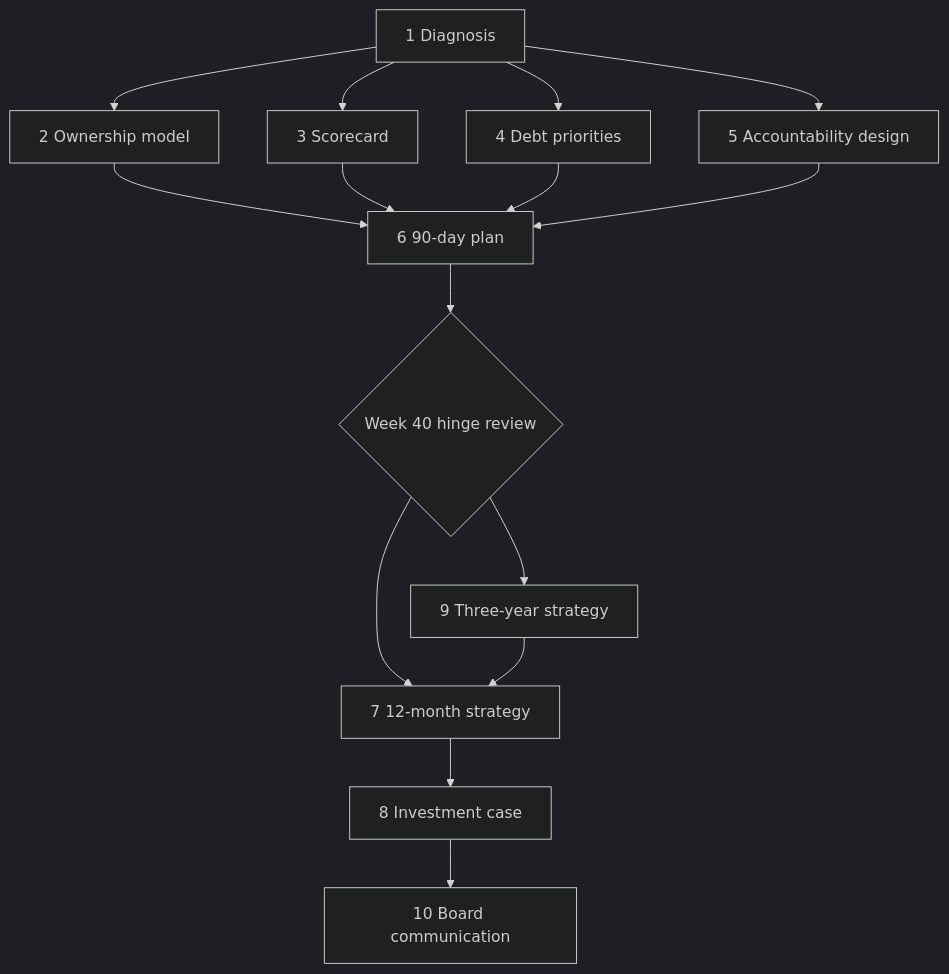
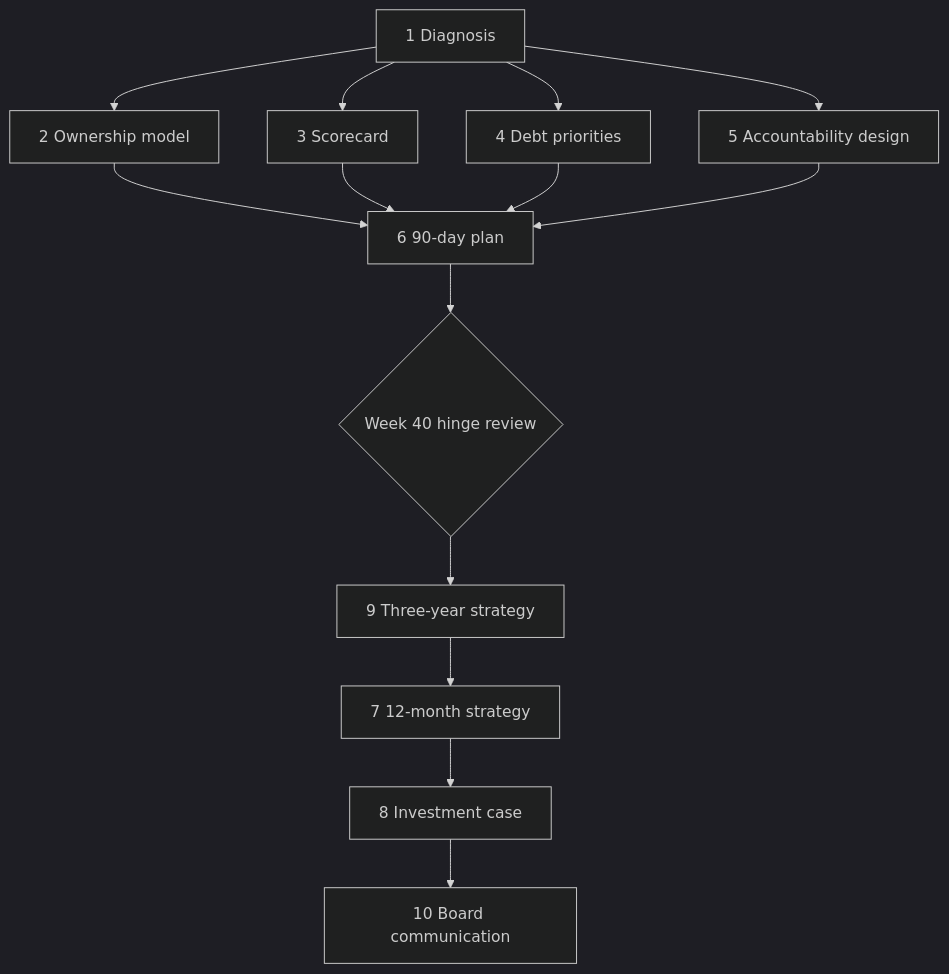
Before and after one commit to XayyamSadigov/engineering-leadership-book: the first of 2 diagrams in docs/parts/15-capstone/60-capstone-northstar.md, drawn with Mermaid (dark theme). The commit also changed other lines of this file and 145 other files, not shown here.

````diff
--- a/docs/parts/15-capstone/60-capstone-northstar.md
+++ b/docs/parts/15-capstone/60-capstone-northstar.md
@@ -55,17 +55,16 @@
 ```mermaid
 flowchart TD
     S1["1 Diagnosis"] --> S2["2 Ownership model"]
     S1 --> S3["3 Scorecard"]
     S1 --> S4["4 Debt priorities"]
     S1 --> S5["5 Accountability design"]
     S2 --> S6["6 90-day plan"]
     S3 --> S6
     S4 --> S6
     S5 --> S6
     S6 --> H{"Week 40 hinge review"}
-    H --> S7["7 12-month strategy"]
     H --> S9["9 Three-year strategy"]
-    S9 --> S7
+    S9 --> S7["7 12-month strategy"]
     S7 --> S8["8 Investment case"]
     S8 --> S10["10 Board communication"]
 ```
````
